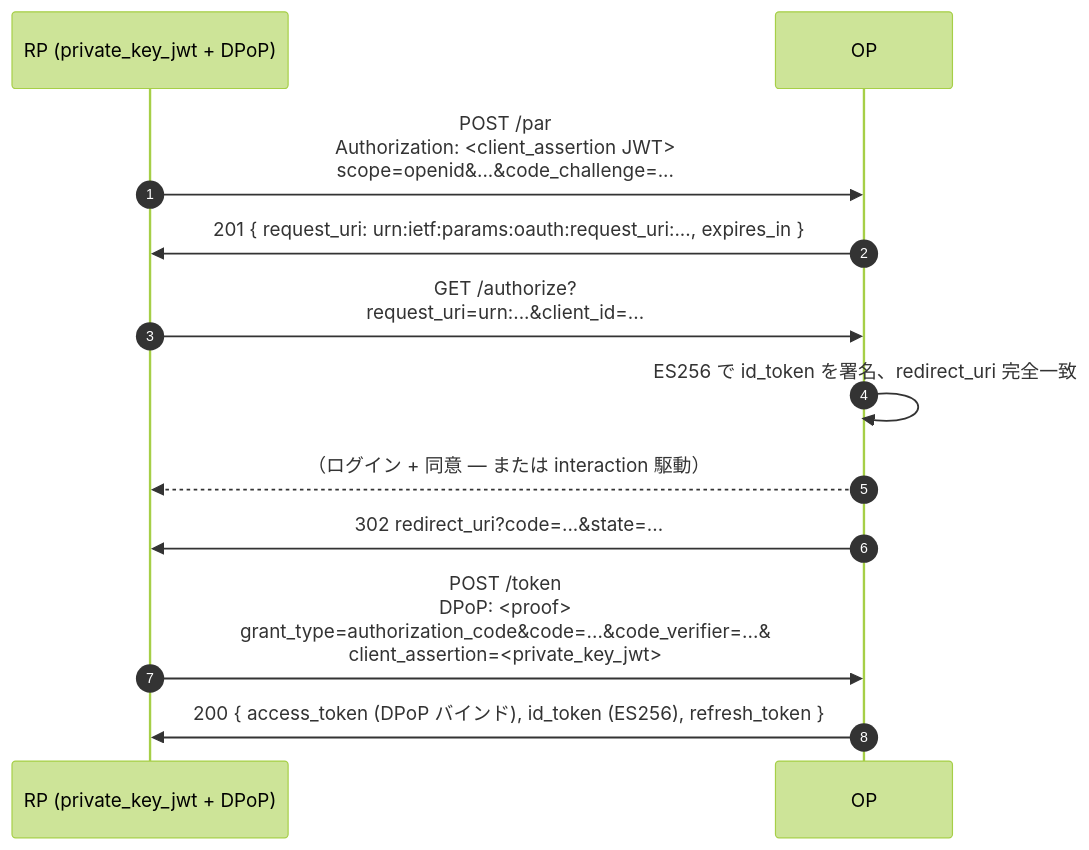
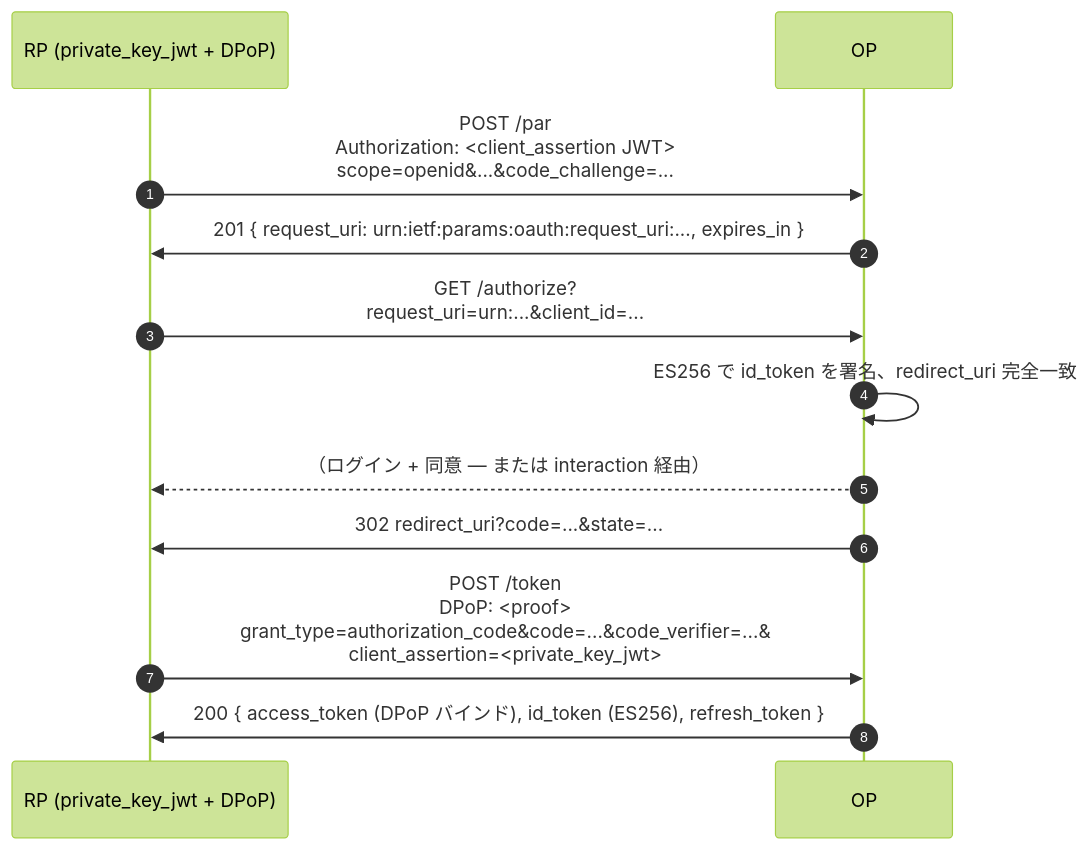
The diagram in src/ja/use-cases/fapi2-baseline.md (libraz/go-oidc-provider-homepage), drawn with Mermaid (forest theme) before and after one commit. The commit also changed 41 other files, not shown here.

````diff
--- a/src/ja/use-cases/fapi2-baseline.md
+++ b/src/ja/use-cases/fapi2-baseline.md
@@ -43,15 +43,15 @@
 ```mermaid
 sequenceDiagram
     autonumber
     participant RP as RP (private_key_jwt + DPoP)
     participant OP
 
     RP->>OP: POST /par<br/>Authorization: <client_assertion JWT><br/>scope=openid&...&code_challenge=...
     OP->>RP: 201 { request_uri: urn:ietf:params:oauth:request_uri:..., expires_in }
     RP->>OP: GET /authorize?<br/>request_uri=urn:...&client_id=...
     OP->>OP: ES256 で id_token を署名、redirect_uri 完全一致
-    OP-->>RP: （ログイン + 同意 — または interaction 駆動）
+    OP-->>RP: （ログイン + 同意 — または interaction 経由）
     OP->>RP: 302 redirect_uri?code=...&state=...
     RP->>OP: POST /token<br/>DPoP: <proof><br/>grant_type=authorization_code&code=...&code_verifier=...&<br/>client_assertion=<private_key_jwt>
     OP->>RP: 200 { access_token (DPoP バインド), id_token (ES256), refresh_token }
 ```
````
